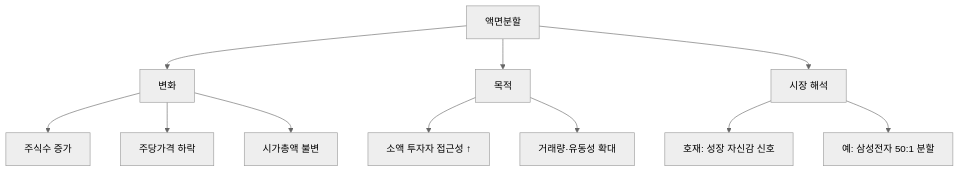
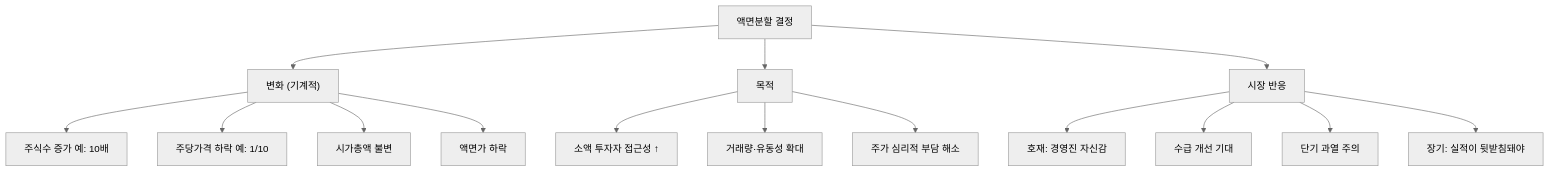
Before and after one commit to yeongseon/stock-visual-note: the diagram in content/stock-terms/ko/level-07-earnings/stock-split.md, drawn with Mermaid (neutral theme). The commit also changed other lines of this file and 9 other files, not shown here.

Commit message:
content: rewrite level-07 (10 articles) — richer diagrams, realistic scenarios, blog tone

````diff
--- a/content/stock-terms/ko/level-07-earnings/stock-split.md
+++ b/content/stock-terms/ko/level-07-earnings/stock-split.md
@@ -42,14 +46,18 @@
 ```mermaid
 graph TD
-    A["액면분할"]
-    A --> B["변화"]
+    A["액면분할 결정"]
+    A --> B["변화 (기계적)"]
     A --> C["목적"]
-    A --> D["시장 해석"]
-    B --> B1["주식수 증가"]
-    B --> B2["주당가격 하락"]
+    A --> D["시장 반응"]
+    B --> B1["주식수 증가 예: 10배"]
+    B --> B2["주당가격 하락 예: 1/10"]
     B --> B3["시가총액 불변"]
+    B --> B4["액면가 하락"]
     C --> C1["소액 투자자 접근성 ↑"]
     C --> C2["거래량·유동성 확대"]
-    D --> D1["호재: 성장 자신감 신호"]
-    D --> D2["예: 삼성전자 50:1 분할"]
+    C --> C3["주가 심리적 부담 해소"]
+    D --> D1["호재: 경영진 자신감"]
+    D --> D2["수급 개선 기대"]
+    D --> D3["단기 과열 주의"]
+    D --> D4["장기: 실적이 뒷받침돼야"]
 ```
````
